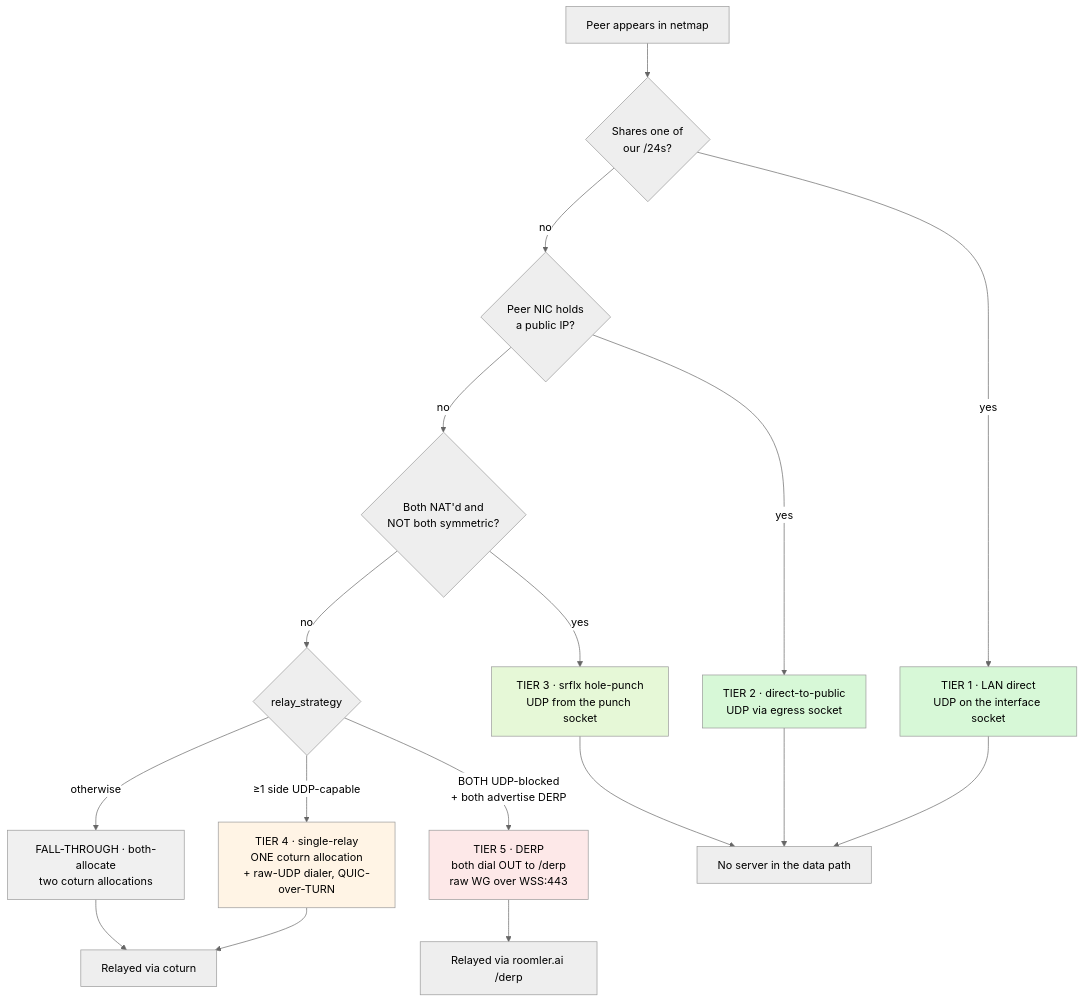
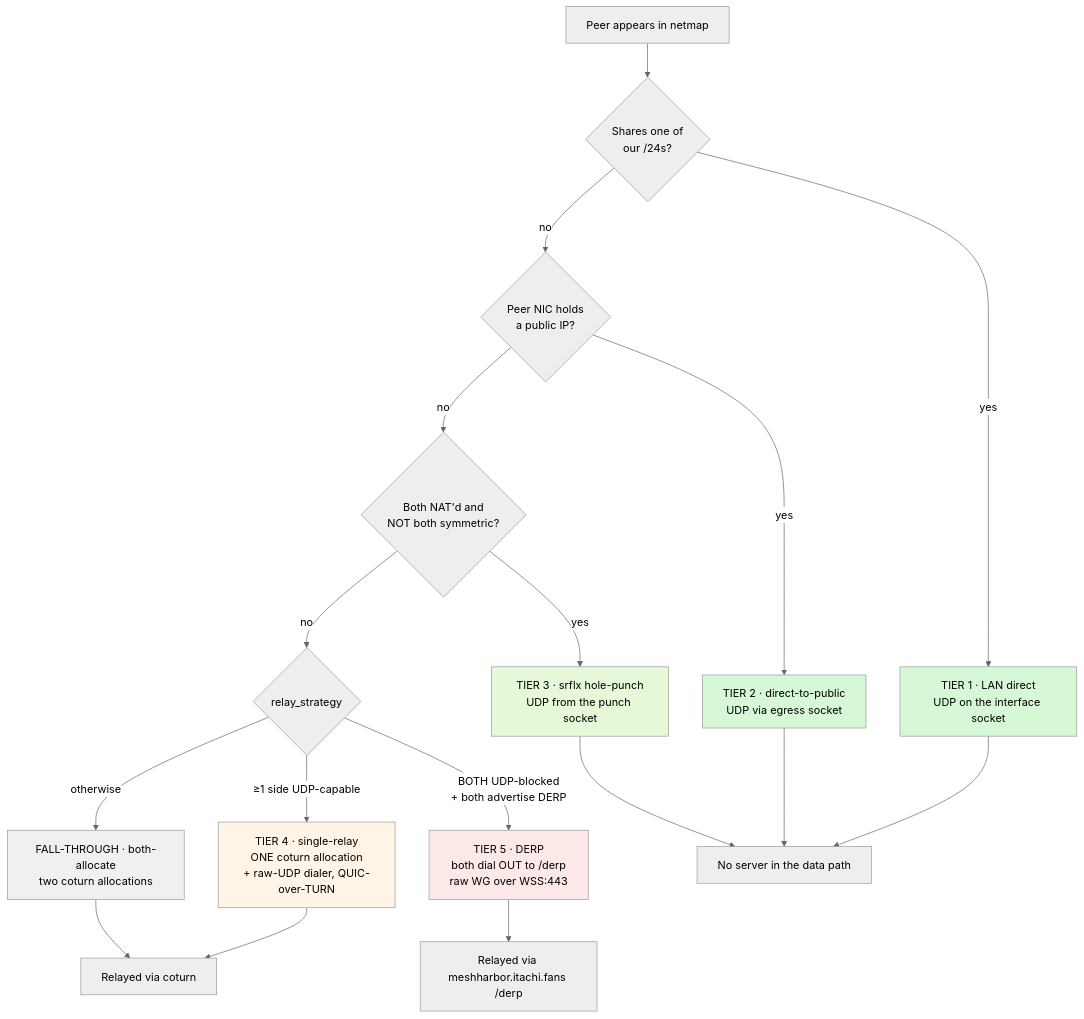
The fourth of 13 diagrams in docs/overlay-communication.md (jk-zhang-meta/MeshHarbor), drawn with Mermaid (neutral theme) before and after one commit. The commit also changed other lines of this file and 682 other files, not shown here.

````diff
--- a/docs/overlay-communication.md
+++ b/docs/overlay-communication.md
@@ -292,25 +292,25 @@
 ```mermaid
 flowchart TD
     START["Peer appears in netmap"] --> LAN{"Shares one of<br/>our /24s?"}
     LAN -->|yes| T1["TIER 1 · LAN direct<br/>UDP on the interface socket"]
     LAN -->|no| PUB{"Peer NIC holds<br/>a public IP?"}
     PUB -->|yes| T2["TIER 2 · direct-to-public<br/>UDP via egress socket"]
     PUB -->|no| SRFLX{"Both NAT'd and<br/>NOT both symmetric?"}
     SRFLX -->|yes| T3["TIER 3 · srflx hole-punch<br/>UDP from the punch socket"]
     SRFLX -->|no| STRAT{"relay_strategy"}
 
     STRAT -->|"≥1 side UDP-capable"| T4["TIER 4 · single-relay<br/>ONE coturn allocation<br/>+ raw-UDP dialer, QUIC-over-TURN"]
     STRAT -->|"BOTH UDP-blocked<br/>+ both advertise DERP"| T5["TIER 5 · DERP<br/>both dial OUT to /derp<br/>raw WG over WSS:443"]
     STRAT -->|"otherwise"| T6["FALL-THROUGH · both-allocate<br/>two coturn allocations"]
 
     T1 & T2 & T3 --> DIRECT["No server in the data path"]
     T4 & T6 --> CT["Relayed via coturn"]
-    T5 --> DR["Relayed via roomler.ai /derp"]
+    T5 --> DR["Relayed via meshharbor.itachi.fans /derp"]
 
     style T1 fill:#d7f8d7
     style T2 fill:#d7f8d7
     style T3 fill:#e6f8d7
     style T4 fill:#fff4e5
     style T5 fill:#fde8e8
     style T6 fill:#f0f0f0
 ```
````
